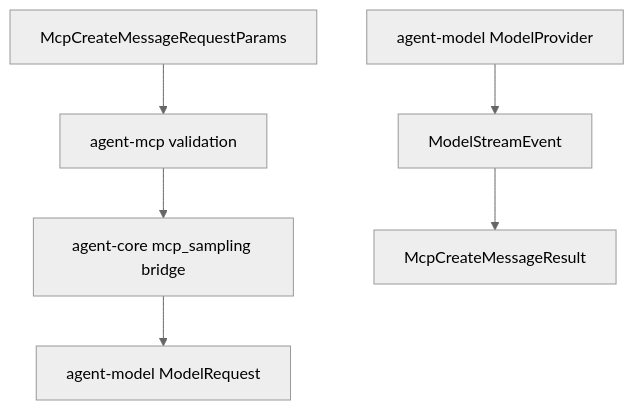
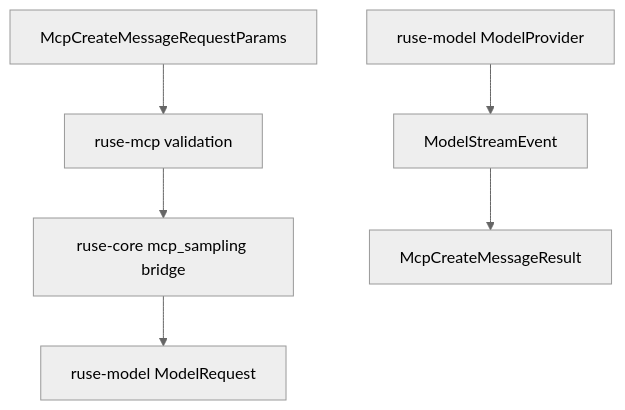
The diagram in docs/specs/M41-mcp-sampling-model-bridge.spec.md (poneding/agent), drawn with Mermaid (neutral theme) before and after one commit. The commit also changed other lines of this file and 2091 other files, not shown here.

First line of the commit message:
refactor: rename agent branding to ruse

````diff
--- a/docs/specs/M41-mcp-sampling-model-bridge.spec.md
+++ b/docs/specs/M41-mcp-sampling-model-bridge.spec.md
@@ -34,8 +34,8 @@
 ```mermaid
 flowchart TD
-  Request["McpCreateMessageRequestParams"] --> Validate["agent-mcp validation"]
-  Validate --> Bridge["agent-core mcp_sampling bridge"]
-  Bridge --> ModelRequest["agent-model ModelRequest"]
-  ModelProvider["agent-model ModelProvider"] --> Stream["ModelStreamEvent"]
+  Request["McpCreateMessageRequestParams"] --> Validate["ruse-mcp validation"]
+  Validate --> Bridge["ruse-core mcp_sampling bridge"]
+  Bridge --> ModelRequest["ruse-model ModelRequest"]
+  ModelProvider["ruse-model ModelProvider"] --> Stream["ModelStreamEvent"]
   Stream --> Result["McpCreateMessageResult"]
 ```
````
